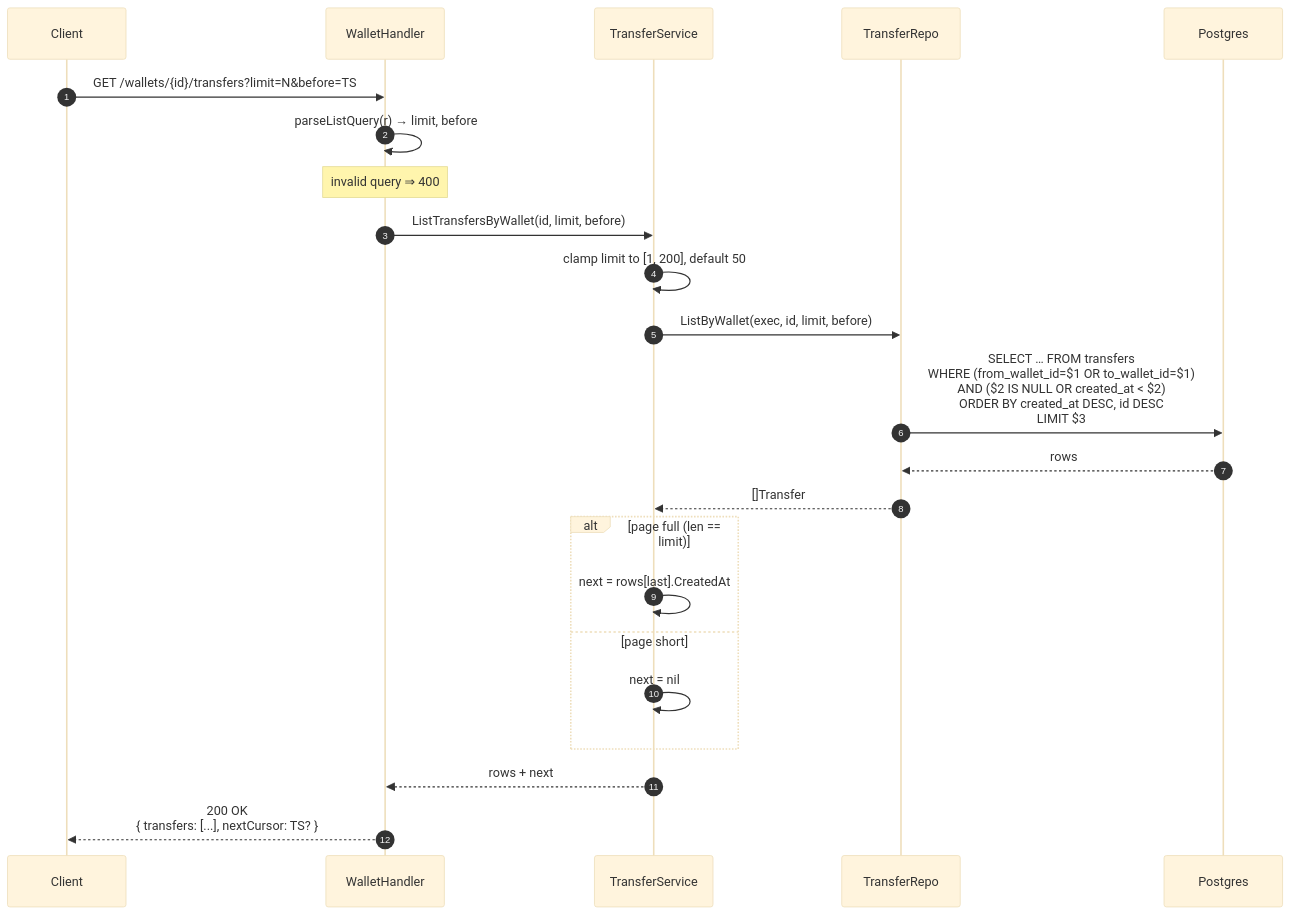
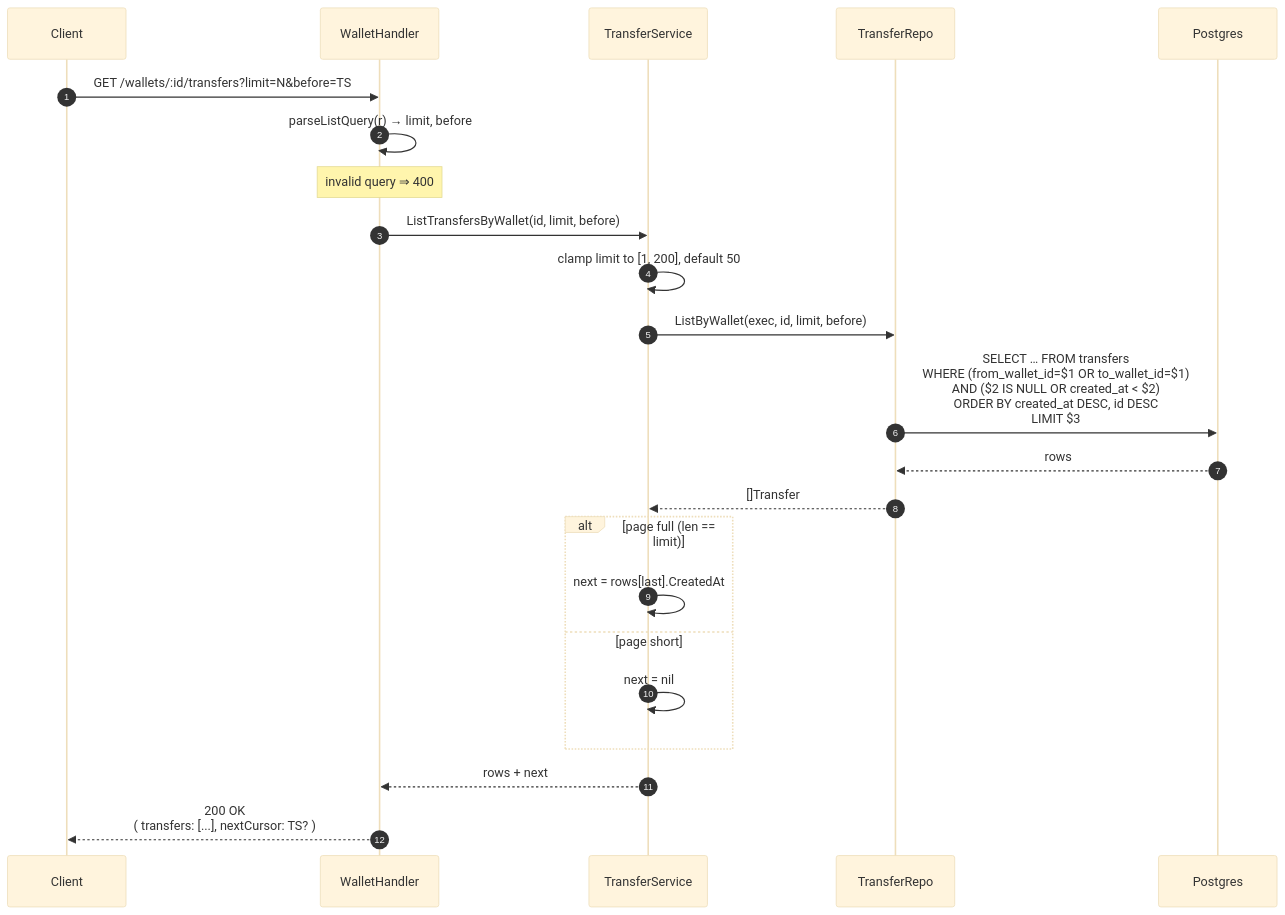
One commit to PratikDhanave/wallet-transfer-assignment changed diagram 15 of 20 in README.md. Above: the diagram before and after it, drawn with Mermaid (base theme). The commit also changed other lines of this file, not shown here.

````diff
--- a/README.md
+++ b/README.md
@@ -655,26 +654,26 @@
 ```mermaid
 sequenceDiagram
     autonumber
     participant C as Client
     participant H as WalletHandler
     participant S as TransferService
     participant T as TransferRepo
     participant DB as Postgres
 
-    C->>H: GET /wallets/{id}/transfers?limit=N&before=TS
+    C->>H: GET /wallets/:id/transfers?limit=N&before=TS
     H->>H: parseListQuery(r) → limit, before
     Note over H: invalid query ⇒ 400
     H->>S: ListTransfersByWallet(id, limit, before)
     S->>S: clamp limit to [1, 200], default 50
     S->>T: ListByWallet(exec, id, limit, before)
     T->>DB: SELECT … FROM transfers<br/>WHERE (from_wallet_id=$1 OR to_wallet_id=$1)<br/>AND ($2 IS NULL OR created_at < $2)<br/>ORDER BY created_at DESC, id DESC<br/>LIMIT $3
     DB-->>T: rows
     T-->>S: []Transfer
     alt page full (len == limit)
         S->>S: next = rows[last].CreatedAt
     else page short
         S->>S: next = nil
     end
     S-->>H: rows + next
-    H-->>C: 200 OK<br/>{ transfers: [...], nextCursor: TS? }
+    H-->>C: 200 OK<br/>( transfers: [...], nextCursor: TS? )
 ```
````
